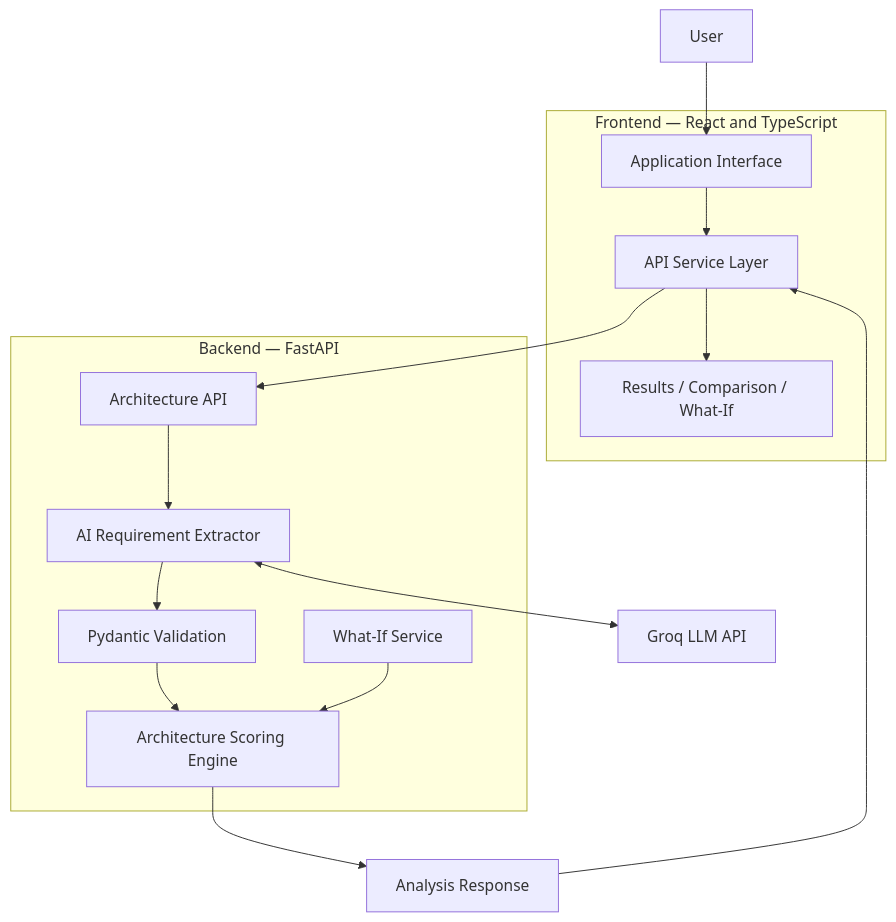
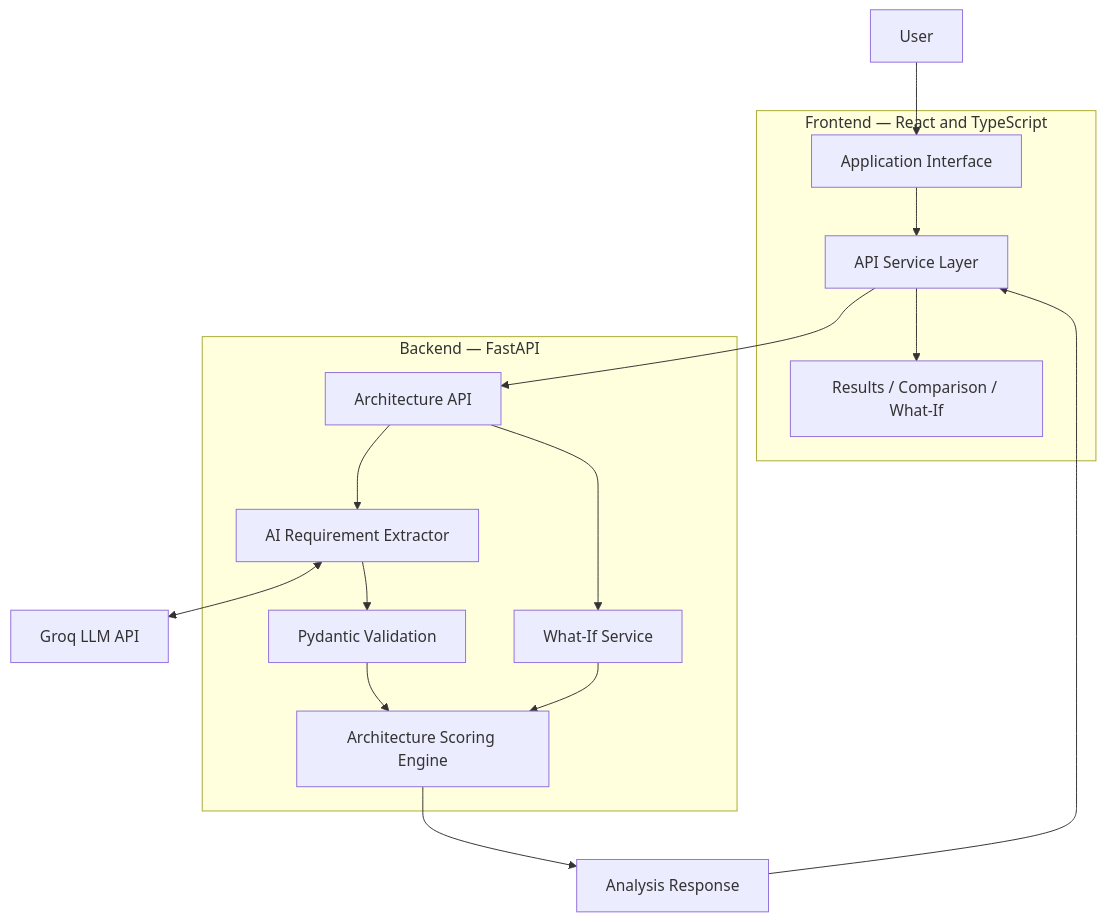
The second of 2 diagrams in README.md (RiyaJadhav01/ArchPilot-ai-architecture-decision-engine), drawn with Mermaid before and after one commit. The commit also changed other lines of this file, not shown here.

````diff
--- a/README.md
+++ b/README.md
@@ -177,33 +176,36 @@
 ```mermaid
+
 flowchart TB
     USER["User"]
 
     subgraph FRONTEND["Frontend — React and TypeScript"]
         UI["Application Interface"]
         API_CLIENT["API Service Layer"]
         PAGES["Results / Comparison / What-If"]
     end
 
     subgraph BACKEND["Backend — FastAPI"]
         ROUTER["Architecture API"]
         EXTRACTOR["AI Requirement Extractor"]
         VALIDATOR["Pydantic Validation"]
         SCORER["Architecture Scoring Engine"]
         WHATIF["What-If Service"]
     end
 
     LLM["Groq LLM API"]
     RESULT["Analysis Response"]
 
     USER --> UI
     UI --> API_CLIENT
     API_CLIENT --> ROUTER
     ROUTER --> EXTRACTOR
     EXTRACTOR <--> LLM
     EXTRACTOR --> VALIDATOR
     VALIDATOR --> SCORER
     SCORER --> RESULT
     RESULT --> API_CLIENT
     API_CLIENT --> PAGES
+    ROUTER --> WHATIF
     WHATIF --> SCORER
+
 ```
````
